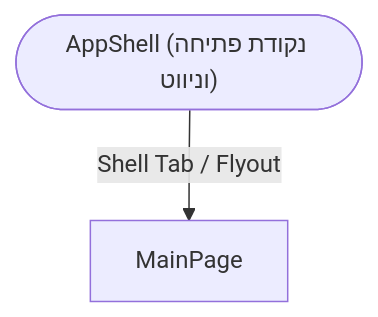
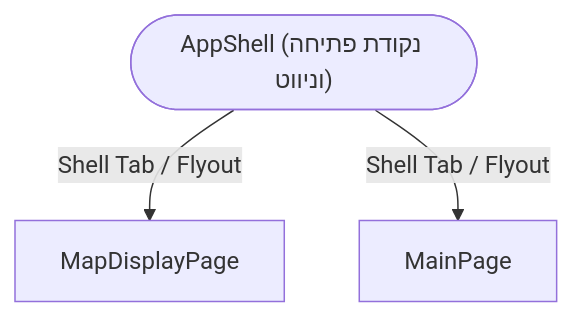
The diagram in Learning/Diagrams/Screen-Flow.mmd (stma1one/MauiGoogleMapSample), drawn with Mermaid before and after one commit. The commit also changed 39 other files, not shown here.

Commit message:
feat(stage-02): add MapDisplayPage, MapType switching, MapSpan regions, Fluent DI, xunit.v3 tests, and PDF guides

```diff
--- a/Learning/Diagrams/Screen-Flow.mmd
+++ b/Learning/Diagrams/Screen-Flow.mmd
@@ -1,3 +1,4 @@
 flowchart TD
   AppShell(["AppShell (נקודת פתיחה וניווט)"])
+  AppShell -->|"Shell Tab / Flyout"| MapDisplayPage
   AppShell -->|"Shell Tab / Flyout"| MainPage
```
